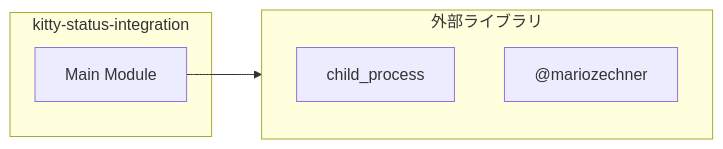
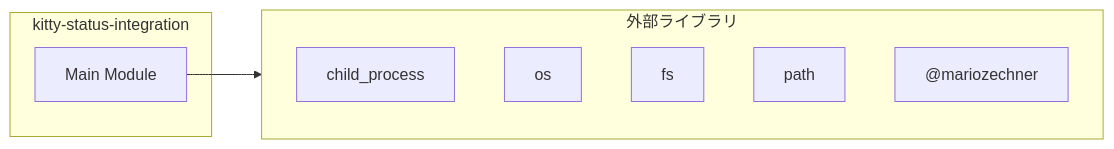
The second of 3 diagrams in ABDD/.pi/extensions/kitty-status-integration.md (Mekann2904/mekann), drawn with Mermaid before and after one commit. The commit also changed other lines of this file and 189 other files, not shown here.

````diff
--- a/ABDD/.pi/extensions/kitty-status-integration.md
+++ b/ABDD/.pi/extensions/kitty-status-integration.md
@@ -46,11 +55,14 @@
 ```mermaid
 flowchart LR
   subgraph this[kitty-status-integration]
     main[Main Module]
   end
   subgraph external[外部ライブラリ]
     child_process["child_process"]
+    os["os"]
+    fs["fs"]
+    path["path"]
     _mariozechner["@mariozechner"]
   end
   main --> external
 ```
````
